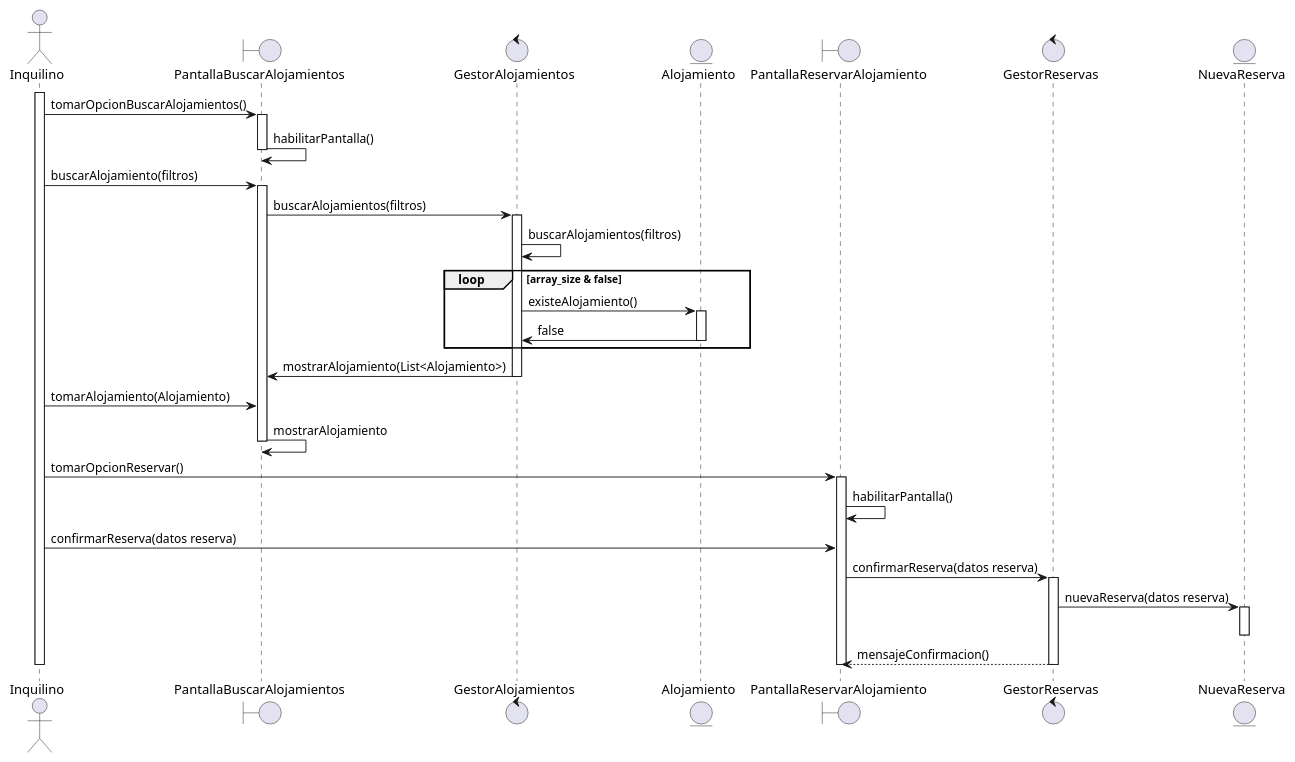
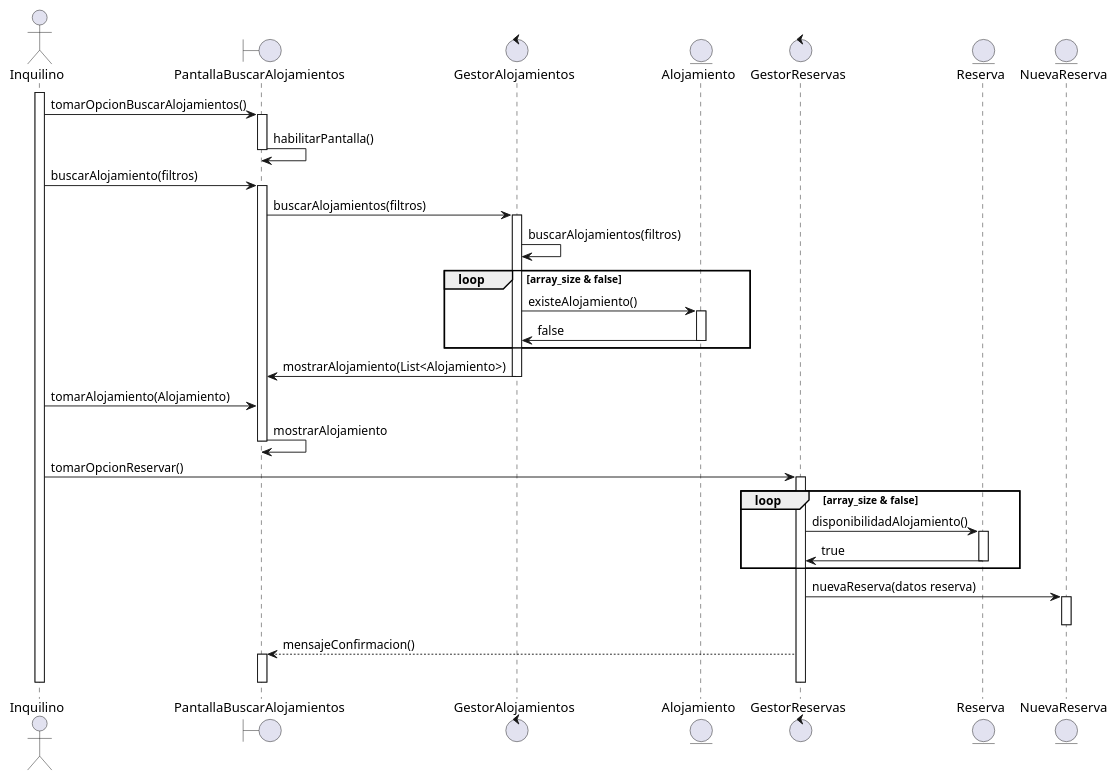
One commit to franciscolmos/IS1-EasyHome changed the diagram in Diagrama_Secuencia/Diagrama_Secuencia_Reservar.puml. Above: the diagram before and after it, drawn with PlantUML. The commit also changed 4 other files, not shown here.

Commit message:
[REFACTOR] - Diagrama CU - Clase - Secuencia

```diff
--- a/Diagrama_Secuencia/Diagrama_Secuencia_Reservar.puml
+++ b/Diagrama_Secuencia/Diagrama_Secuencia_Reservar.puml
@@ -1,56 +1,59 @@
 @startuml Diagrama_secuencia_consultar_Alojamiento_busqueda
 
 /' Flujo Busqueda '/
 actor Inquilino
 boundary PantallaBuscarAlojamientos
 control GestorAlojamientos
 entity Alojamiento
 
 activate Inquilino
 Inquilino -> PantallaBuscarAlojamientos: tomarOpcionBuscarAlojamientos()
 activate PantallaBuscarAlojamientos
 PantallaBuscarAlojamientos -> PantallaBuscarAlojamientos: habilitarPantalla()
 deactivate PantallaBuscarAlojamientos
 
 Inquilino -> PantallaBuscarAlojamientos: buscarAlojamiento(filtros)
 activate PantallaBuscarAlojamientos
 PantallaBuscarAlojamientos -> GestorAlojamientos: buscarAlojamientos(filtros)
 activate GestorAlojamientos
 GestorAlojamientos -> GestorAlojamientos: buscarAlojamientos(filtros)
 loop array_size & false
     GestorAlojamientos -> Alojamiento: existeAlojamiento()
     activate Alojamiento
     Alojamiento -> GestorAlojamientos: false
     deactivate Alojamiento
 end
 
 GestorAlojamientos -> PantallaBuscarAlojamientos: mostrarAlojamiento(List<Alojamiento>)
 deactivate GestorAlojamientos
 
 Inquilino -> PantallaBuscarAlojamientos : tomarAlojamiento(Alojamiento)
 PantallaBuscarAlojamientos -> PantallaBuscarAlojamientos : mostrarAlojamiento
 deactivate PantallaBuscarAlojamientos
 
 
 /' Flujo Reserva '/
 
-boundary PantallaReservarAlojamiento
 control GestorReservas
+entity Reserva
 entity NuevaReserva
 
-Inquilino -> PantallaReservarAlojamiento : tomarOpcionReservar()
-activate PantallaReservarAlojamiento
-PantallaReservarAlojamiento -> PantallaReservarAlojamiento: habilitarPantalla()
-Inquilino -> PantallaReservarAlojamiento : confirmarReserva(datos reserva)
-PantallaReservarAlojamiento -> GestorReservas : confirmarReserva(datos reserva)
+Inquilino -> GestorReservas : tomarOpcionReservar()
 activate GestorReservas
+loop array_size & false
+    GestorReservas -> Reserva: disponibilidadAlojamiento()
+    activate Reserva
+    Reserva -> GestorReservas: true
+    deactivate Reserva
+end
 GestorReservas -> NuevaReserva : nuevaReserva(datos reserva)
 activate NuevaReserva
 deactivate NuevaReserva
-GestorReservas --> PantallaReservarAlojamiento : mensajeConfirmacion()
+GestorReservas --> PantallaBuscarAlojamientos : mensajeConfirmacion()
+activate PantallaBuscarAlojamientos
+deactivate PantallaBuscarAlojamientos
 deactivate GestorReservas
-deactivate PantallaReservarAlojamiento
 deactivate Inquilino
 
 
 @enduml
```
